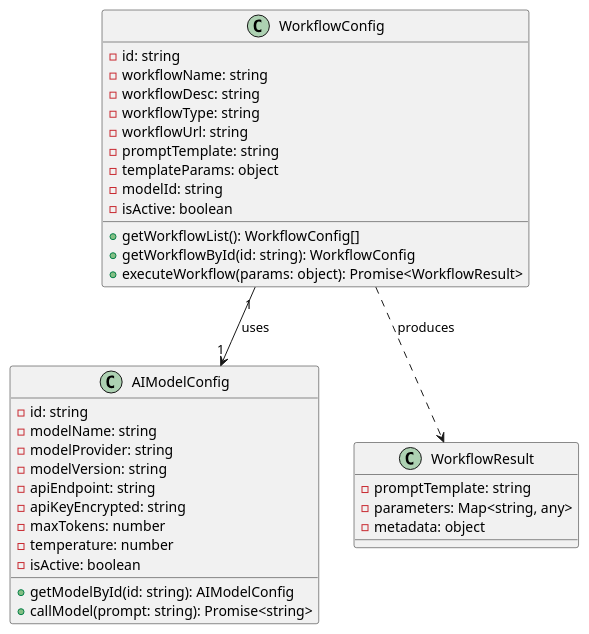
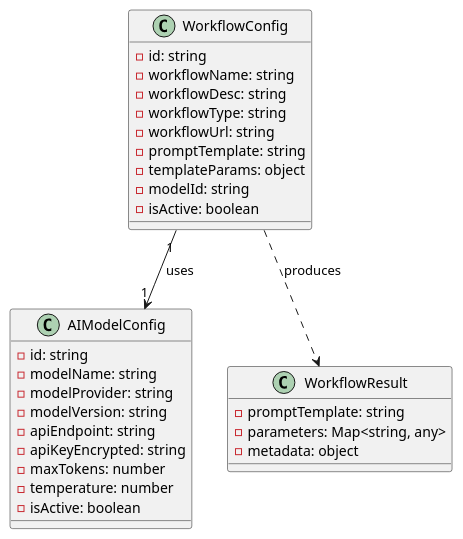
Diagram 11 of 24 in AI辅助测试点生成-AR设计文档.md (GuiHongli/GenDesignDoc), drawn with PlantUML before and after one commit. The commit also changed other lines of this file and 1 other file, not shown here.

````diff
--- a/AI辅助测试点生成-AR设计文档.md
+++ b/AI辅助测试点生成-AR设计文档.md
@@ -245,42 +919,37 @@
 ```plantuml
 @startuml
 class WorkflowConfig {
     - id: string
     - workflowName: string
     - workflowDesc: string
     - workflowType: string
     - workflowUrl: string
     - promptTemplate: string
     - templateParams: object
     - modelId: string
     - isActive: boolean
-    + getWorkflowList(): WorkflowConfig[]
-    + getWorkflowById(id: string): WorkflowConfig
-    + executeWorkflow(params: object): Promise<WorkflowResult>
 }
 
 class AIModelConfig {
     - id: string
     - modelName: string
     - modelProvider: string
     - modelVersion: string
     - apiEndpoint: string
     - apiKeyEncrypted: string
     - maxTokens: number
     - temperature: number
     - isActive: boolean
-    + getModelById(id: string): AIModelConfig
-    + callModel(prompt: string): Promise<string>
 }
 
 class WorkflowResult {
     - promptTemplate: string
     - parameters: Map<string, any>
     - metadata: object
 }
 
 WorkflowConfig "1" --> "1" AIModelConfig : uses
 WorkflowConfig ..> WorkflowResult : produces
 
 @enduml
 ```
````
